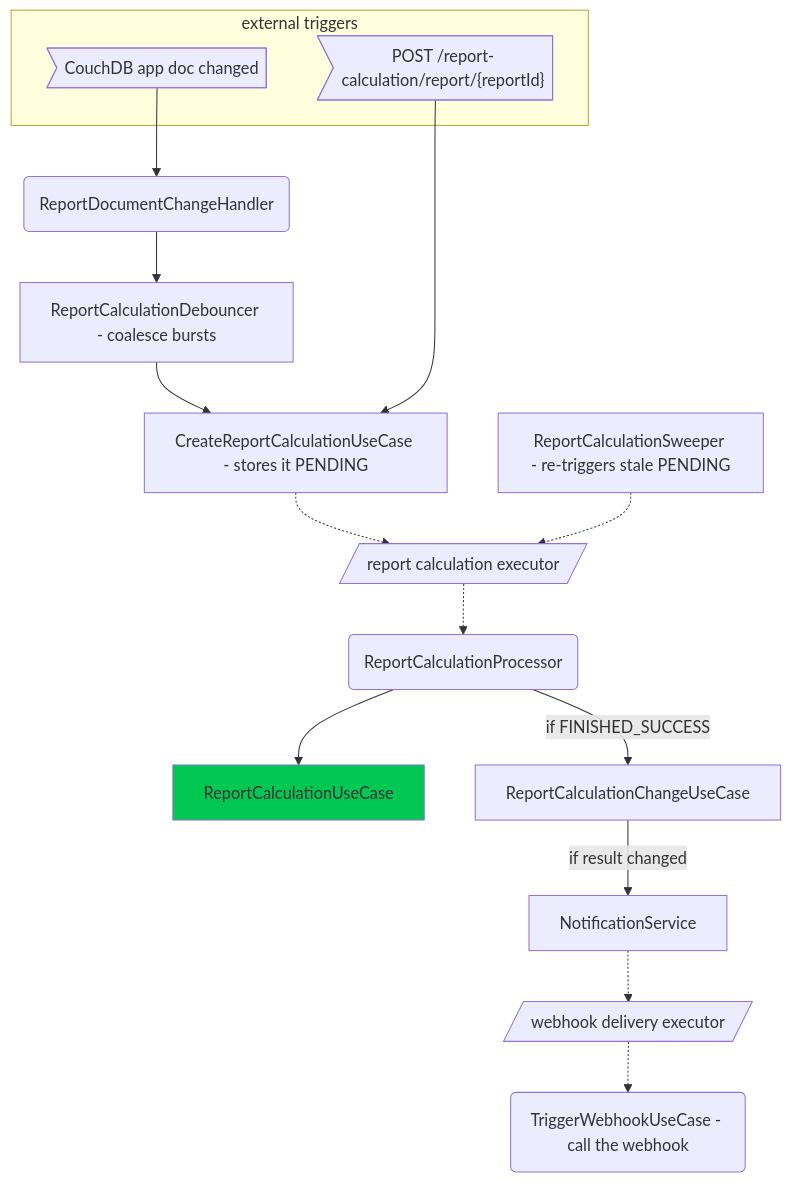
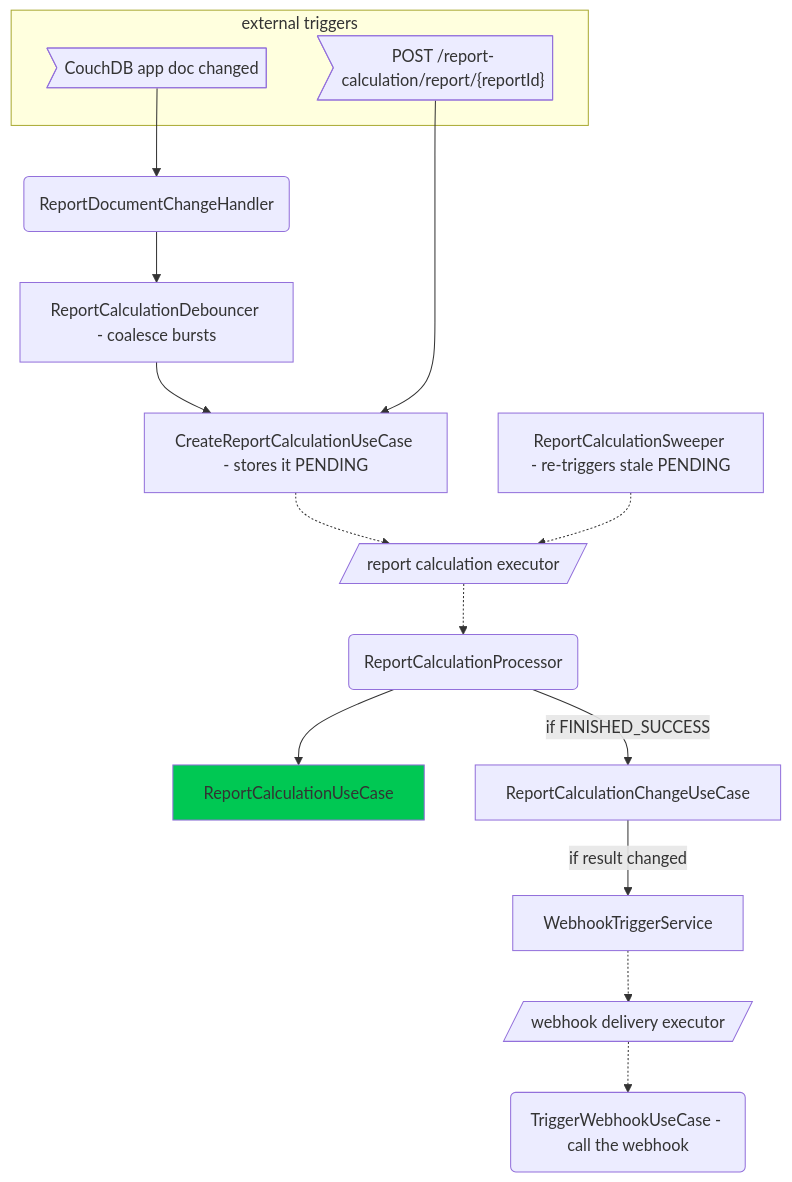
One commit to Aam-Digital/aam-services changed the diagram in application/aam-backend-service/src/main/kotlin/com/aamdigital/aambackendservice/reporting/README.md. Above: the diagram before and after it, drawn with Mermaid. The commit also changed other lines of this file and 12 other files, not shown here.

Commit message:
refactor(reporting): rename the webhook module's "Notification" identifiers (#230)

````diff
--- a/application/aam-backend-service/src/main/kotlin/com/aamdigital/aambackendservice/reporting/README.md
+++ b/application/aam-backend-service/src/main/kotlin/com/aamdigital/aambackendservice/reporting/README.md
@@ -22,25 +22,25 @@
 ```mermaid
 flowchart TD
     subgraph trigger[external triggers]
         calculationRequest>"POST /report-calculation/report/{reportId}"]
         externalDocChange>"CouchDB app doc changed"]
     end
 
     externalDocChange --> ChangeHandler
     ChangeHandler(ReportDocumentChangeHandler) --> Debouncer
     Debouncer[ReportCalculationDebouncer - coalesce bursts] --> CreateCalculation
     calculationRequest --> CreateCalculation
 
     CreateCalculation[CreateReportCalculationUseCase - stores it PENDING] -.-> E_Calculation
     E_Calculation[/report calculation executor/] -.-> CalculationProcessor
     Sweeper[ReportCalculationSweeper - re-triggers stale PENDING] -.-> E_Calculation
     CalculationProcessor(ReportCalculationProcessor) --> Calculation
     Calculation[ReportCalculationUseCase]
     style Calculation fill:#00C853
 
     CalculationProcessor -- if FINISHED_SUCCESS --> CalculationChange
-    CalculationChange[ReportCalculationChangeUseCase] -- if result changed --> WebhookNotification
-    WebhookNotification["NotificationService"] -.-> E_Webhook
+    CalculationChange[ReportCalculationChangeUseCase] -- if result changed --> WebhookTrigger
+    WebhookTrigger["WebhookTriggerService"] -.-> E_Webhook
     E_Webhook[/webhook delivery executor/] -.-> TriggerWebhook
     TriggerWebhook(TriggerWebhookUseCase - call the webhook)
 ```
````
